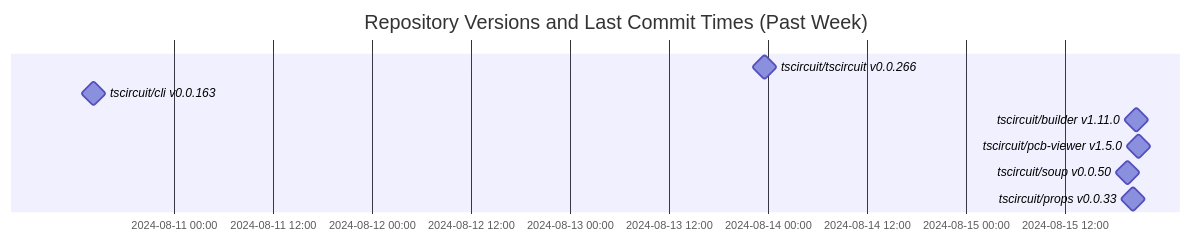
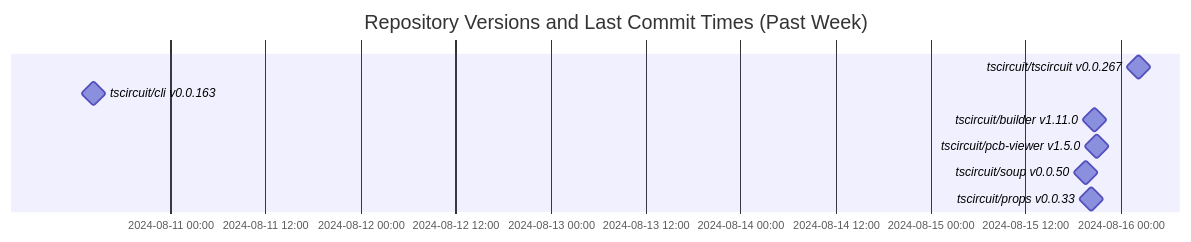
The diagram in README.md (tscircuit/version-tracker), drawn with Mermaid before and after one commit.

Commit message:
Update chart

````diff
--- a/README.md
+++ b/README.md
@@ -1,13 +1,13 @@
 ```mermaid
 gantt
   dateFormat  YYYY-MM-DD HH:mm:ss
   title Repository Versions and Last Commit Times (Past Week)
   axisFormat %Y-%m-%d %H:%M
 
-  tscircuit/tscircuit v0.0.266 : milestone, 2024-08-13 23:37:39, 1s
+  tscircuit/tscircuit v0.0.267 : milestone, 2024-08-16 02:14:35, 1s
   tscircuit/cli v0.0.163 : milestone, 2024-08-10 14:15:28, 1s
   tscircuit/builder v1.11.0 : milestone, 2024-08-15 20:38:45, 1s
   tscircuit/pcb-viewer v1.5.0 : milestone, 2024-08-15 20:55:08, 1s
   tscircuit/soup v0.0.50 : milestone, 2024-08-15 19:36:27, 1s
   tscircuit/props v0.0.33 : milestone, 2024-08-15 20:18:33, 1s
 ```
````
